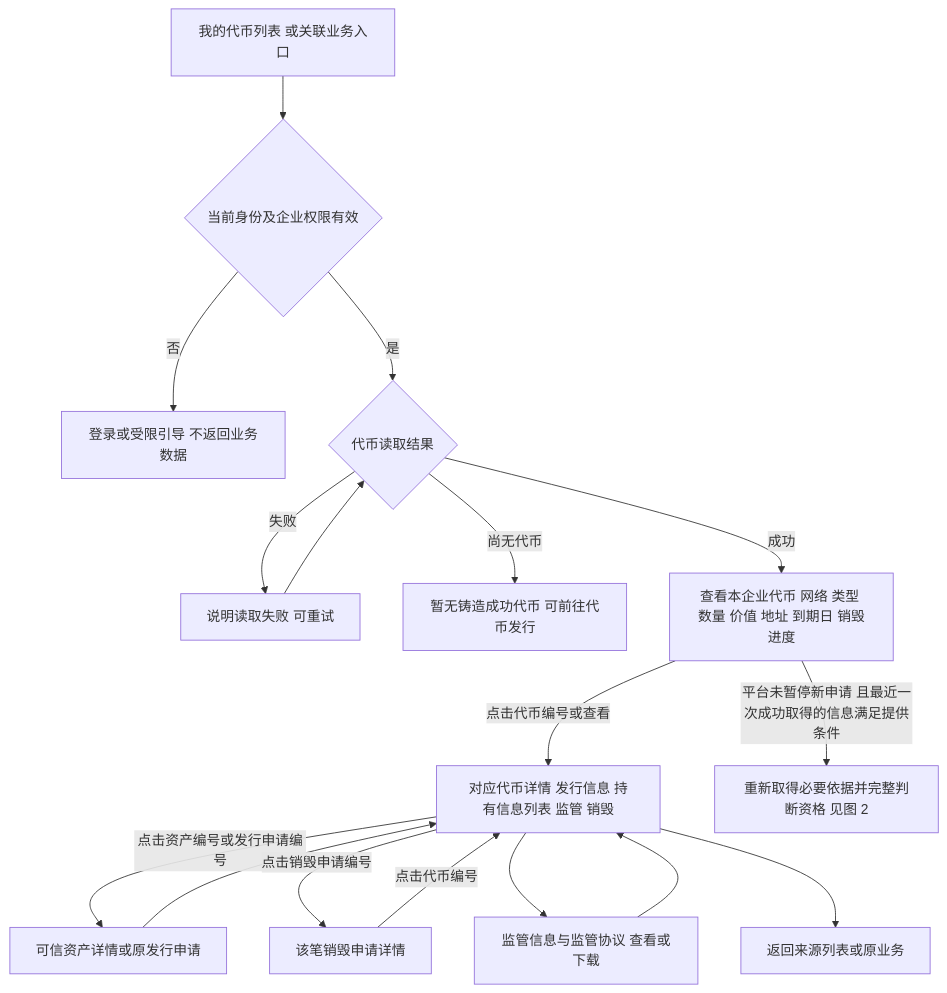
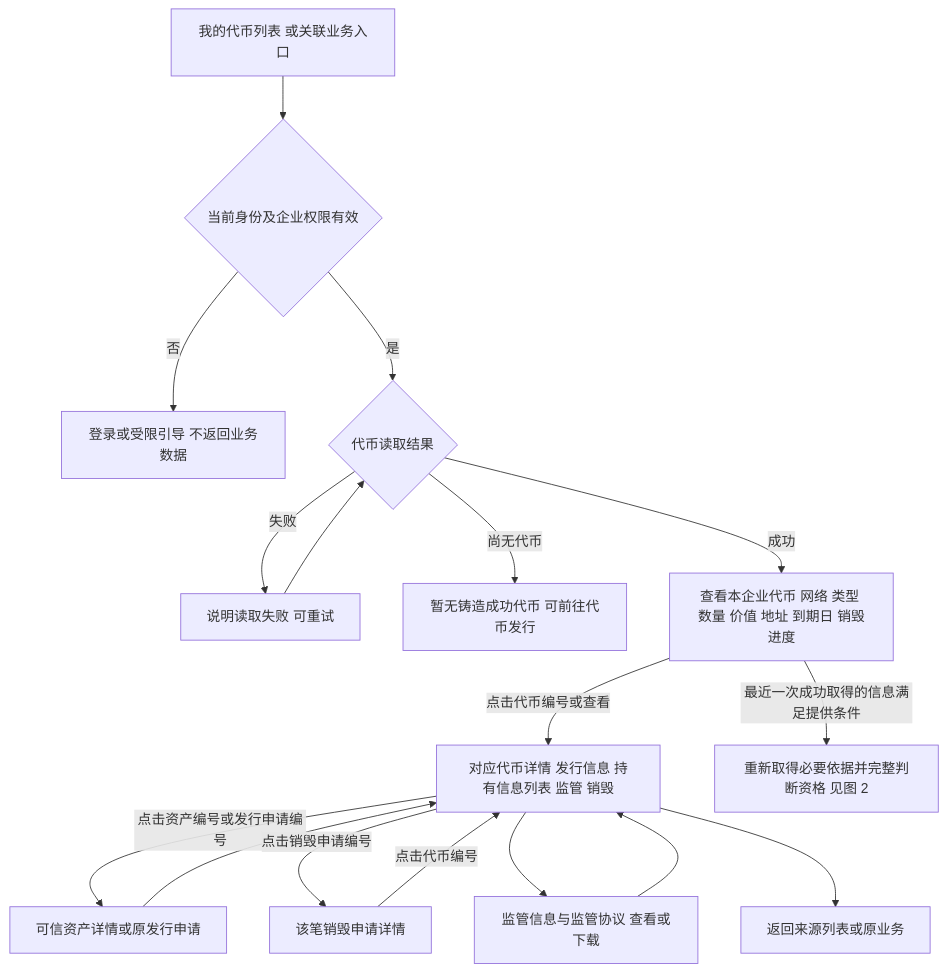
The first of 4 diagrams in token-issuance-platform/PRD/面客端/M4a-我的代币与销毁申请/02-我的代币与销毁申请-流程图与状态机.md (wxblockchain/Chain-Financing), drawn with Mermaid before and after one commit. The commit also changed other lines of this file and 15 other files, not shown here.

````diff
--- a/token-issuance-platform/PRD/面客端/M4a-我的代币与销毁申请/02-我的代币与销毁申请-流程图与状态机.md
+++ b/token-issuance-platform/PRD/面客端/M4a-我的代币与销毁申请/02-我的代币与销毁申请-流程图与状态机.md
@@ -17,19 +17,19 @@
 ```mermaid
 flowchart TD
     A[我的代币列表 或关联业务入口] --> B{当前身份及企业权限有效}
     B -->|否| C[登录或受限引导 不返回业务数据]
     B -->|是| D{代币读取结果}
     D -->|失败| E[说明读取失败 可重试]
     E --> D
     D -->|尚无代币| F[暂无铸造成功代币 可前往代币发行]
     D -->|成功| G[查看本企业代币 网络 类型 数量 价值 地址 到期日 销毁进度]
     G -->|点击代币编号或查看| H[对应代币详情 发行信息 持有信息列表 监管 销毁]
-    G -->|平台未暂停新申请 且最近一次成功取得的信息满足提供条件| X[重新取得必要依据并完整判断资格 见图 2]
+    G -->|最近一次成功取得的信息满足提供条件| X[重新取得必要依据并完整判断资格 见图 2]
     H -->|点击资产编号或发行申请编号| I[可信资产详情或原发行申请]
     I --> H
     H -->|点击销毁申请编号| J[该笔销毁申请详情]
     J -->|点击代币编号| H
     H --> P[监管信息与监管协议 查看或下载]
     P --> H
     H --> K[返回来源列表或原业务]
 ```
````
